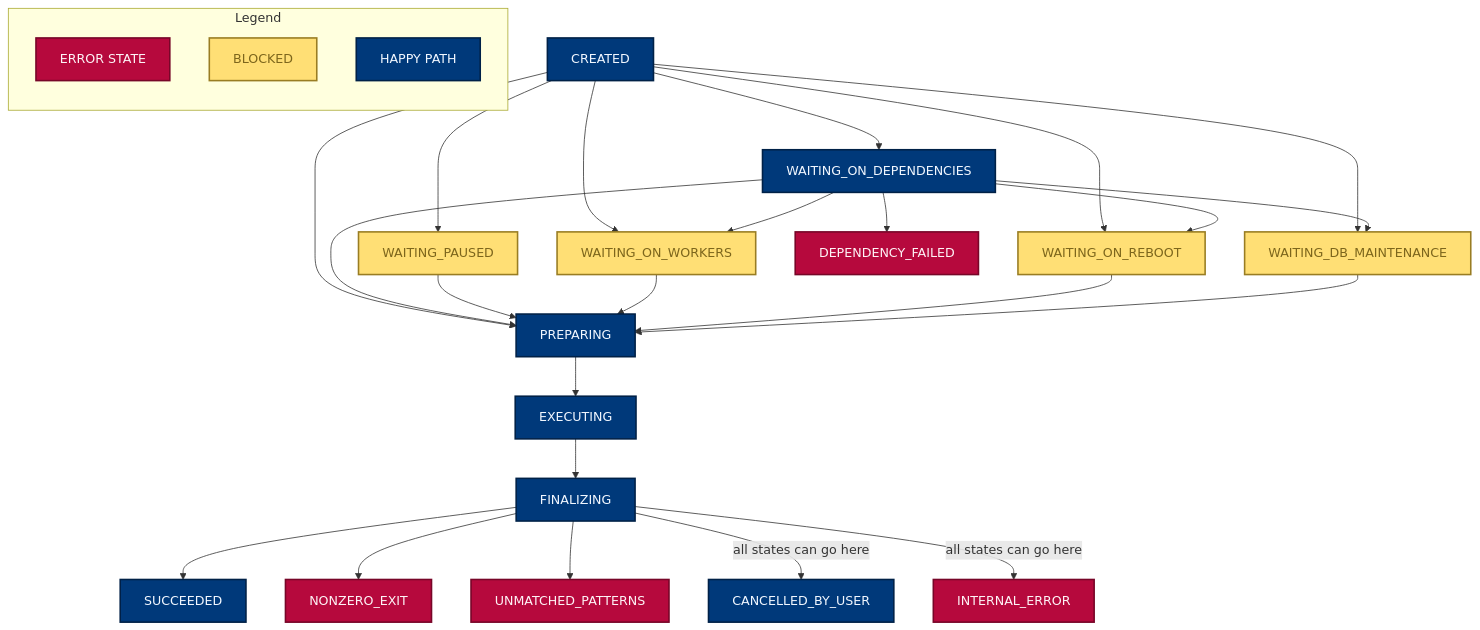
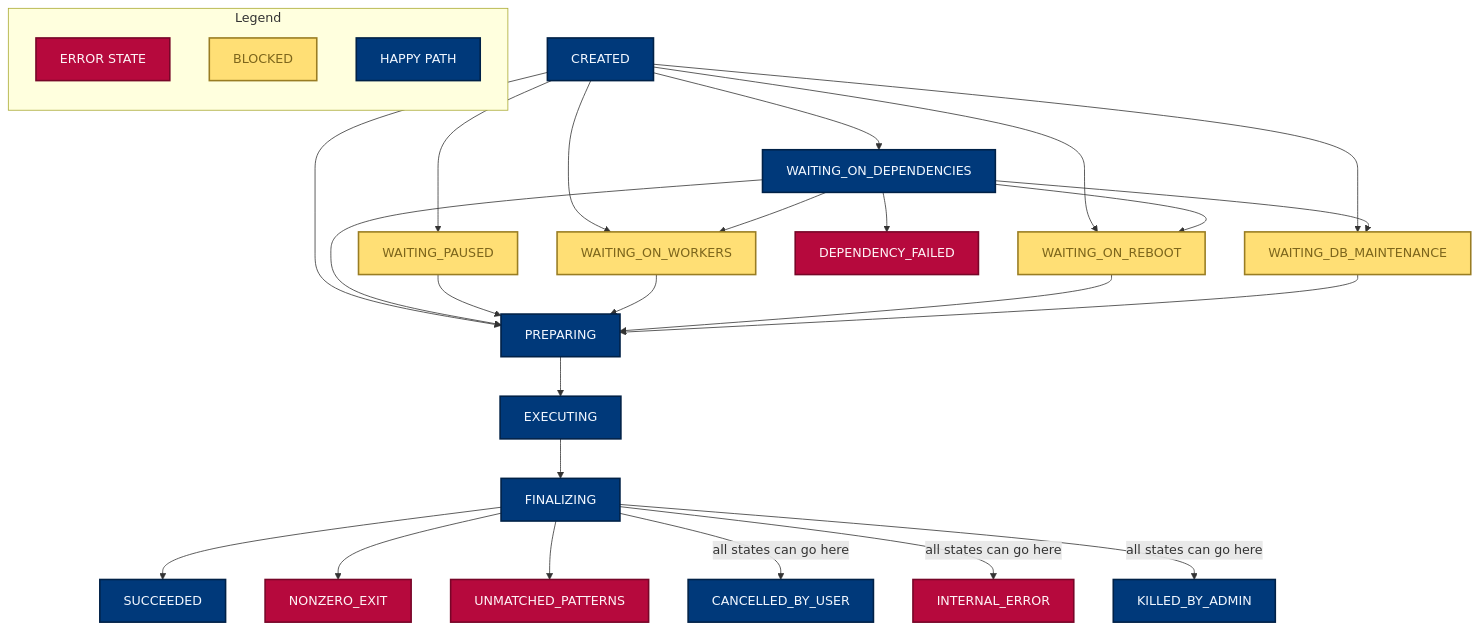
Before and after one commit to opensafely-core/job-runner: the diagram in DEVELOPERS.md, drawn with Mermaid.

Commit message:
Update mermaid diagram with state

````diff
--- a/DEVELOPERS.md
+++ b/DEVELOPERS.md
@@ -50,41 +50,42 @@
 ```mermaid
 graph TD
     CREATED --> PREPARING
     CREATED --> WAITING_ON_DEPENDENCIES
     CREATED --> WAITING_ON_WORKERS
     CREATED --> WAITING_ON_REBOOT
     CREATED --> WAITING_DB_MAINTENANCE
     CREATED --> WAITING_PAUSED
     WAITING_ON_DEPENDENCIES -->  WAITING_ON_WORKERS
     WAITING_ON_DEPENDENCIES -->  WAITING_ON_REBOOT
     WAITING_ON_DEPENDENCIES -->  WAITING_DB_MAINTENANCE
     WAITING_ON_DEPENDENCIES --> PREPARING
     WAITING_ON_DEPENDENCIES --> DEPENDENCY_FAILED
     WAITING_PAUSED --> PREPARING
     WAITING_ON_WORKERS --> PREPARING
     WAITING_ON_REBOOT --> PREPARING
     WAITING_DB_MAINTENANCE --> PREPARING
     PREPARING --> EXECUTING
     EXECUTING --> FINALIZING
     FINALIZING --> SUCCEEDED
     FINALIZING --> NONZERO_EXIT
     FINALIZING --> UNMATCHED_PATTERNS
     FINALIZING --all states can go here--> CANCELLED_BY_USER
     FINALIZING --all states can go here--> INTERNAL_ERROR
+    FINALIZING --all states can go here--> KILLED_BY_ADMIN
 
     subgraph Legend
       direction TB
       LEGEND_ERROR[ERROR STATE]
       LEGEND_BLOCKED[BLOCKED]
       LEGEND_NORMAL[HAPPY PATH]
     end
 
     %% styles
     classDef default fill:#00397a,color:#f1f7ff,stroke-width:2px,stroke:#002147;
     classDef error fill:#b6093d,color:#fef3f6,stroke-width:2px,stroke:#770628;
     classDef blocking fill:#ffdf75,color:#7d661c,stroke-width:2px,stroke:#997d23;
 
     class LEGEND_BLOCKED,WAITING_ON_WORKERS,WAITING_ON_REBOOT,WAITING_PAUSED,WAITING_DB_MAINTENANCE blocking
     class LEGEND_ERROR,INTERNAL_ERROR,UNMATCHED_PATTERNS,DEPENDENCY_FAILED,NONZERO_EXIT error
 
 ```
````
